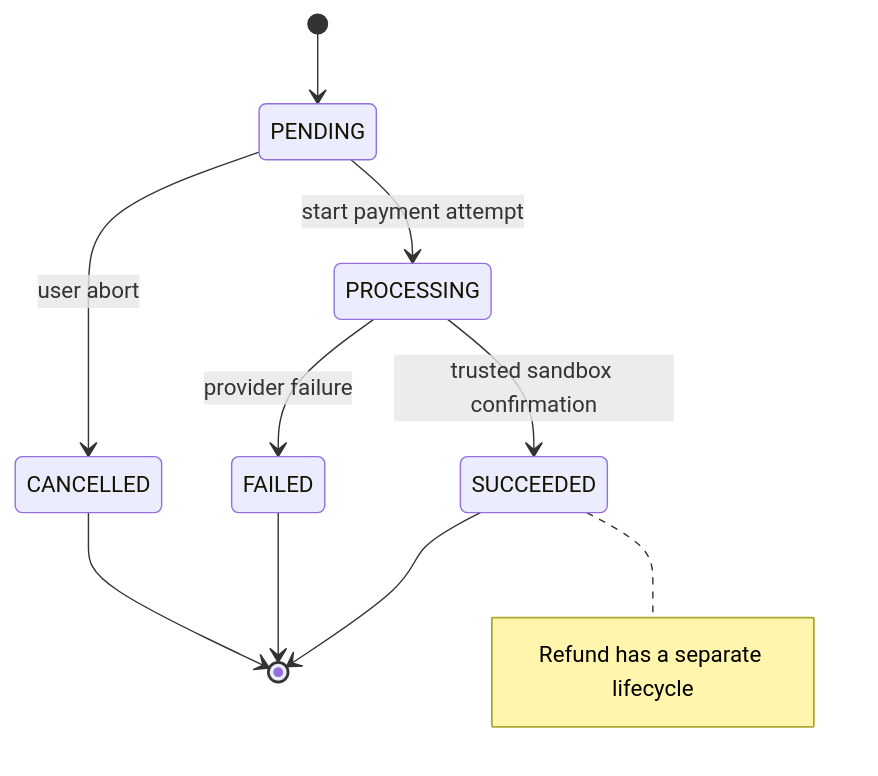
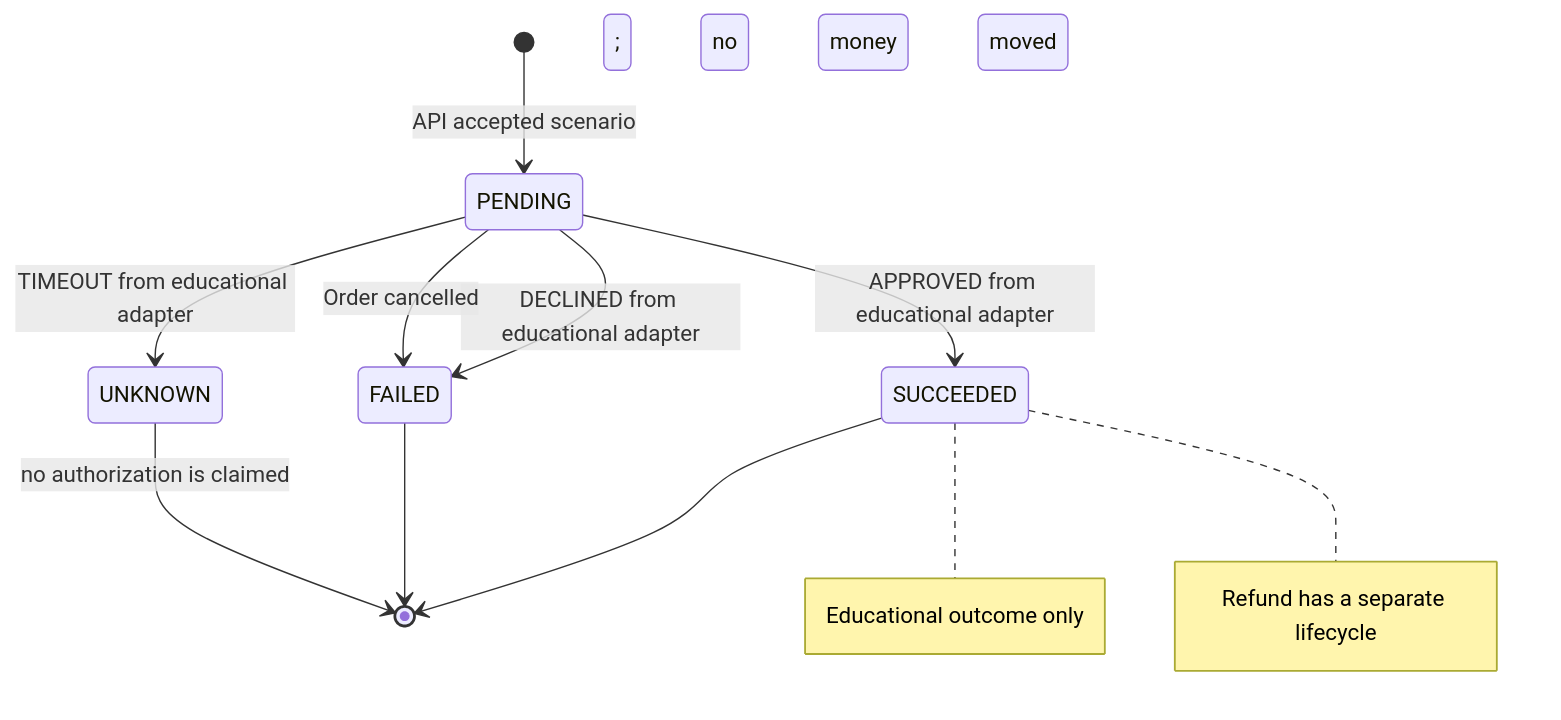
The diagram in docs/diagrams/state/source/payment-states.mmd (petro-fedyk/software-doc-design-project), drawn with Mermaid before and after one commit. The commit also changed 53 other files, not shown here.

```diff
--- a/docs/diagrams/state/source/payment-states.mmd
+++ b/docs/diagrams/state/source/payment-states.mmd
@@ -1,10 +1,11 @@
 stateDiagram-v2
- [*] --> PENDING
- PENDING --> PROCESSING: start payment attempt
- PROCESSING --> SUCCEEDED: trusted sandbox confirmation
- PROCESSING --> FAILED: provider failure
- PENDING --> CANCELLED: user abort
+ [*] --> PENDING: API accepted scenario
+ PENDING --> SUCCEEDED: APPROVED from educational adapter
+ PENDING --> FAILED: DECLINED from educational adapter
+ PENDING --> UNKNOWN: TIMEOUT from educational adapter
+ PENDING --> FAILED: Order cancelled
  SUCCEEDED --> [*]
  FAILED --> [*]
- CANCELLED --> [*]
+ UNKNOWN --> [*]: no authorization is claimed
+ note right of SUCCEEDED: Educational outcome only; no money moved
  note right of SUCCEEDED: Refund has a separate lifecycle
```
